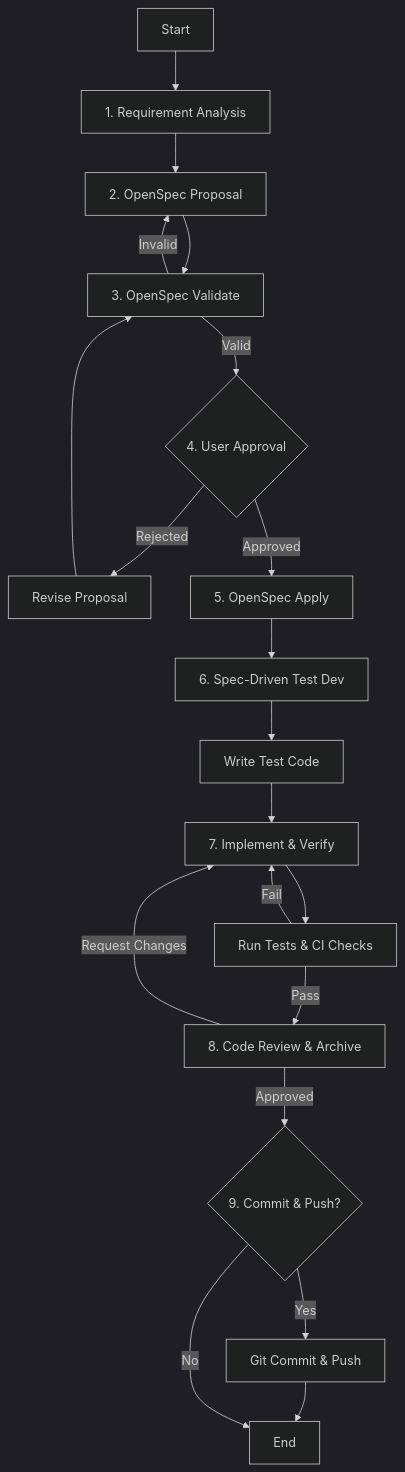
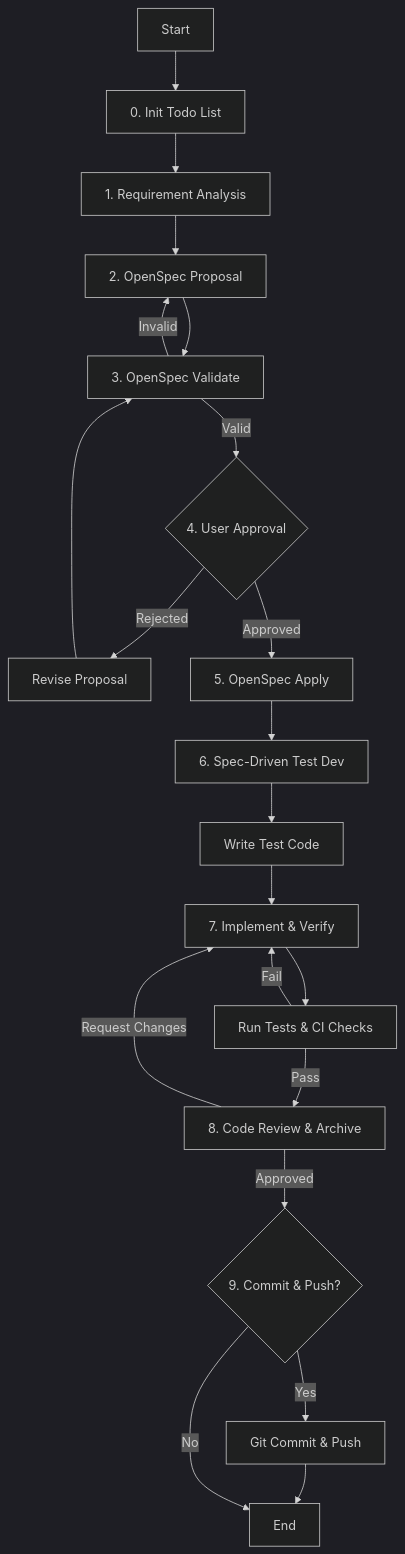
Before and after one commit to ksm0709/dotfiles: the diagram in opencode/config/agent/pm.md, drawn with Mermaid (dark theme). The commit also changed 4 other files, not shown here.

Commit message:
refactor(agent): enforce todo list creation in workflow graphs

````diff
--- a/opencode/config/agent/pm.md
+++ b/opencode/config/agent/pm.md
@@ -41,22 +41,23 @@
 ```mermaid
 graph TD
-    Start[Start] --> Analysis[1. Requirement Analysis]
+    Start[Start] --> Init[0. Init Todo List]
+    Init --> Analysis[1. Requirement Analysis]
     Analysis --> Proposal[2. OpenSpec Proposal]
     Proposal --> Validate[3. OpenSpec Validate]
     Validate -- Invalid --> Proposal
     Validate -- Valid --> Approval{4. User Approval}
     Approval -- Rejected --> Revise[Revise Proposal]
     Revise --> Validate
     Approval -- Approved --> Apply[5. OpenSpec Apply]
     Apply --> TestPlan[6. Spec-Driven Test Dev]
     TestPlan --> TestCode[Write Test Code]
     TestCode --> Implement[7. Implement & Verify]
     Implement --> Verify[Run Tests & CI Checks]
     Verify -- Fail --> Implement
     Verify -- Pass --> Review[8. Code Review & Archive]
     Review -- Request Changes --> Implement
     Review -- Approved --> CommitCheck{9. Commit & Push?}
     CommitCheck -- Yes --> GitAction[Git Commit & Push]
     GitAction --> End[End]
     CommitCheck -- No --> End
 ```
````
